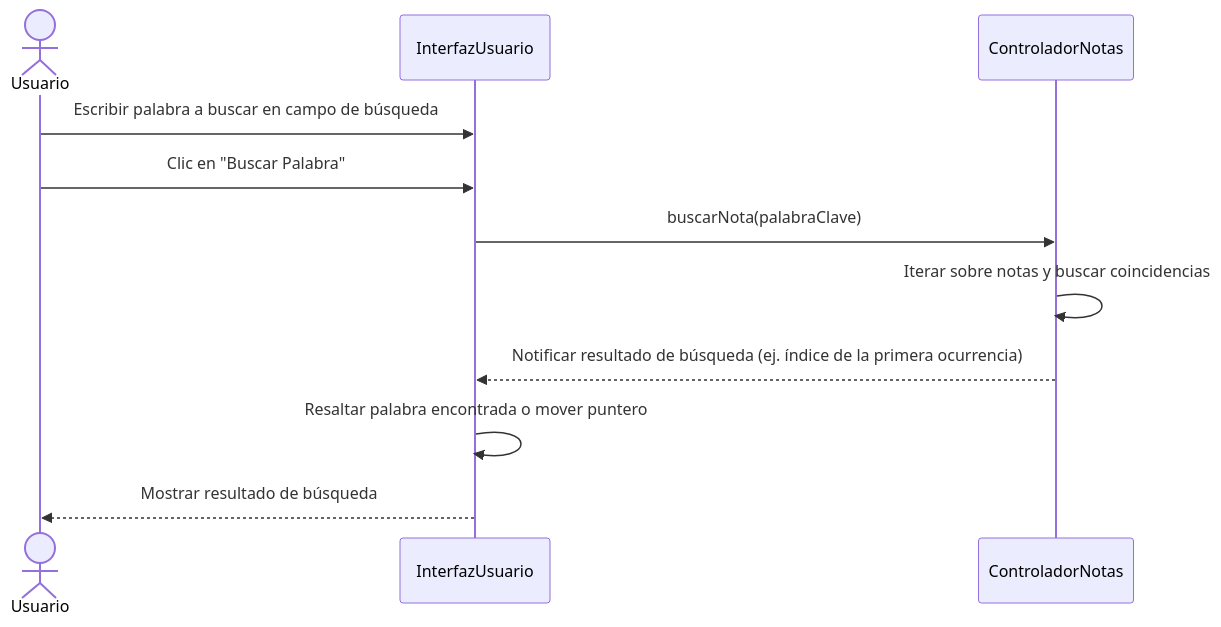
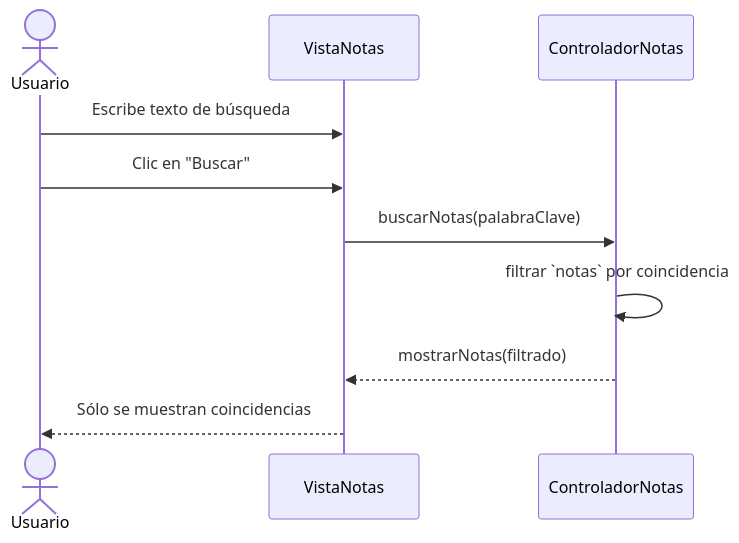
Diagram 11 of 12 in README.md (jangelmm/FlashNotes), drawn with Mermaid before and after one commit. The commit also changed other lines of this file and 8 other files, not shown here.

````diff
--- a/README.md
+++ b/README.md
@@ -381,14 +438,13 @@
 ```mermaid
 sequenceDiagram
     actor Usuario
-    participant GUI as InterfazUsuario
+    participant VistaNotas as VistaNotas
     participant Ctrl as ControladorNotas
 
-    Usuario ->> GUI: Escribir palabra a buscar en campo de búsqueda
-    Usuario ->> GUI: Clic en "Buscar Palabra"
-    GUI ->> Ctrl: buscarNota(palabraClave)
-    Ctrl ->> Ctrl: Iterar sobre notas y buscar coincidencias
-    Ctrl -->> GUI: Notificar resultado de búsqueda (ej. índice de la primera ocurrencia)
-    GUI ->> GUI: Resaltar palabra encontrada o mover puntero
-    GUI -->> Usuario: Mostrar resultado de búsqueda
+    Usuario ->> VistaNotas: Escribe texto de búsqueda
+    Usuario ->> VistaNotas: Clic en "Buscar"
+    VistaNotas ->> Ctrl: buscarNotas(palabraClave)
+    Ctrl ->> Ctrl: filtrar `notas` por coincidencia
+    Ctrl -->> VistaNotas: mostrarNotas(filtrado)
+    VistaNotas -->> Usuario: Sólo se muestran coincidencias
 ```
````
